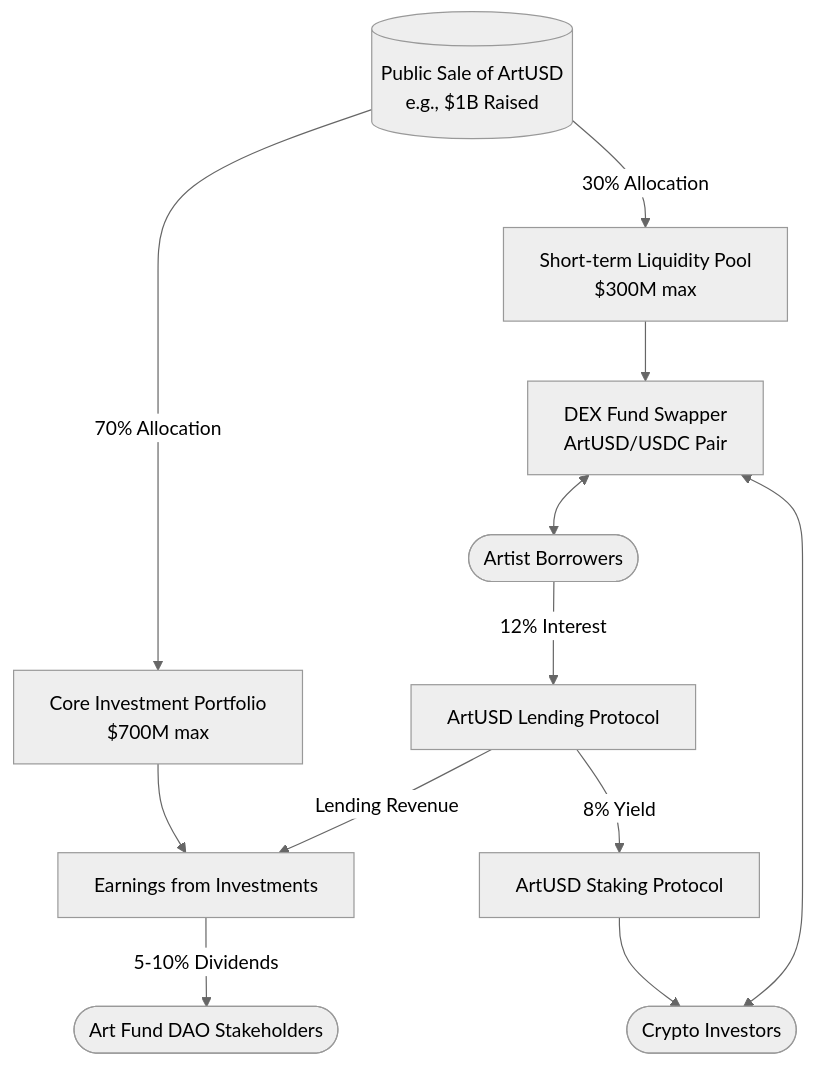
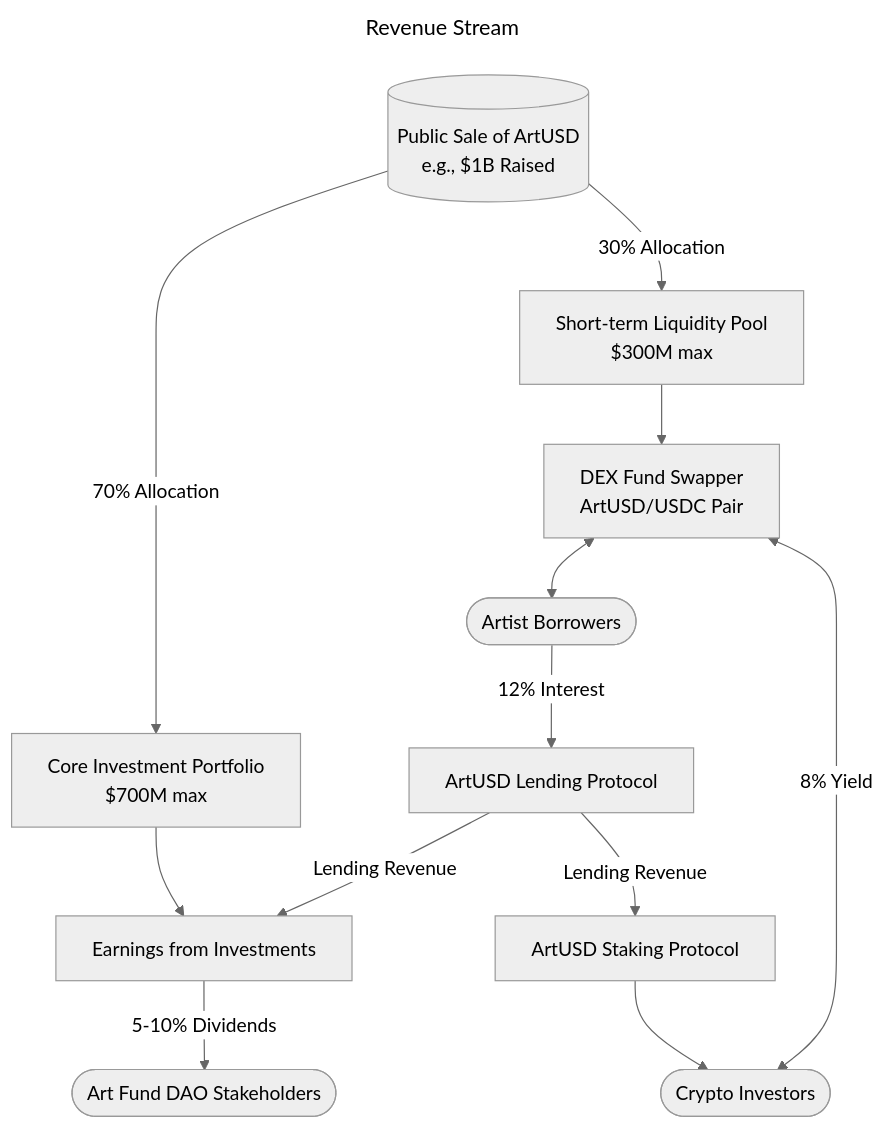
The first of 2 diagrams in ArtUSD Finance Protocol and Revenue Streams.md (realmatterio/ArtUSD), drawn with Mermaid (neutral theme) before and after one commit. The commit also changed other lines of this file, not shown here.

Commit message:
Update ArtUSD Finance Protocol and Revenue Streams.md

````diff
--- a/ArtUSD Finance Protocol and Revenue Streams.md
+++ b/ArtUSD Finance Protocol and Revenue Streams.md
@@ -54,14 +34,17 @@
 ```mermaid
+---
+title: Revenue Stream
+---
 graph TD
     A[(Public Sale of ArtUSD<br>e.g., $1B Raised)] -->|70% Allocation| B[Core Investment Portfolio<br>$700M max]
     A -->|30% Allocation| C[Short-term Liquidity Pool<br>$300M max]
     B --> D[Earnings from Investments]
     D -->|5-10% Dividends| E([Art Fund DAO Stakeholders])
     F[ArtUSD Lending Protocol] -->|Lending Revenue| D
-    F -->|8% Yield| G[ArtUSD Staking Protocol]
+    F -->|Lending Revenue| G[ArtUSD Staking Protocol]
     G --> H([Crypto Investors])
     C --> I[DEX Fund Swapper<br>ArtUSD/USDC Pair]
-    I <--> H
+    I <--> |8% Yield| H
     I <--> J([Artist Borrowers])
     J --> |12% Interest| F
 ```
````
